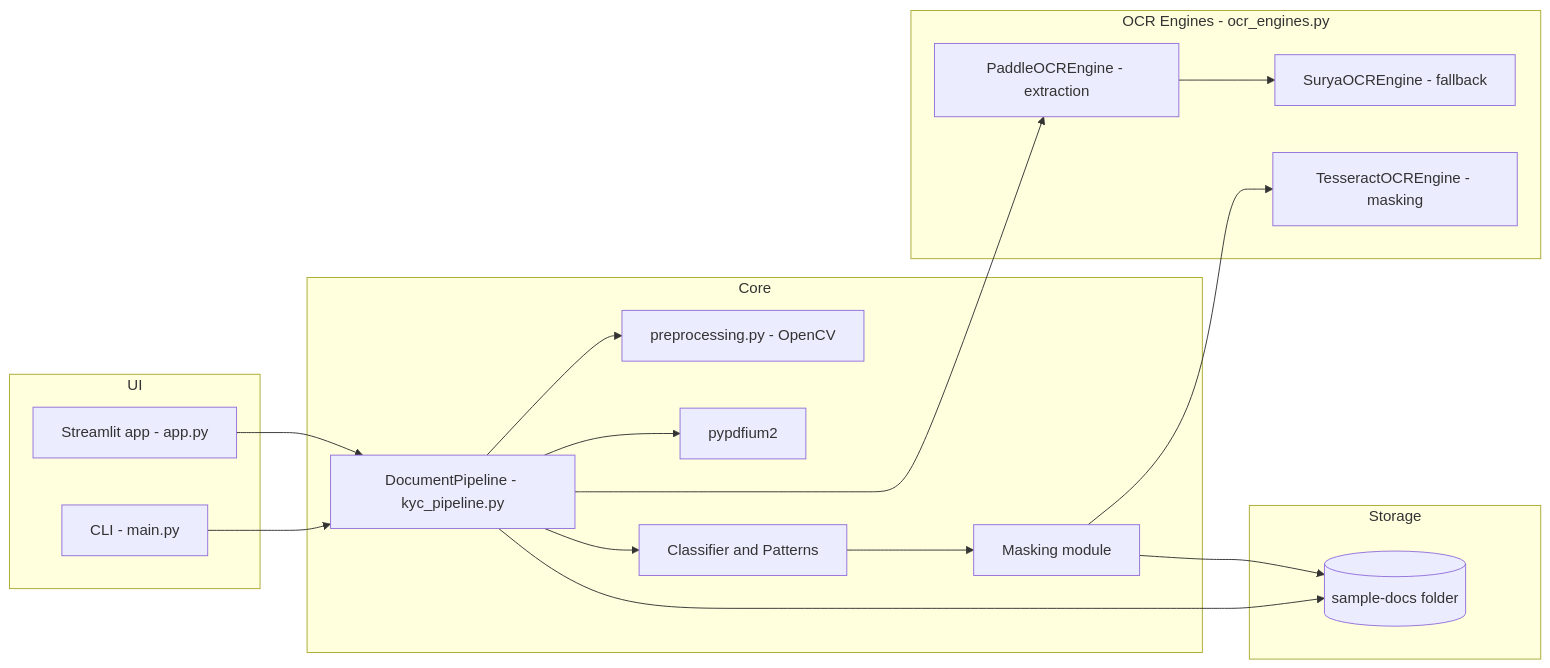
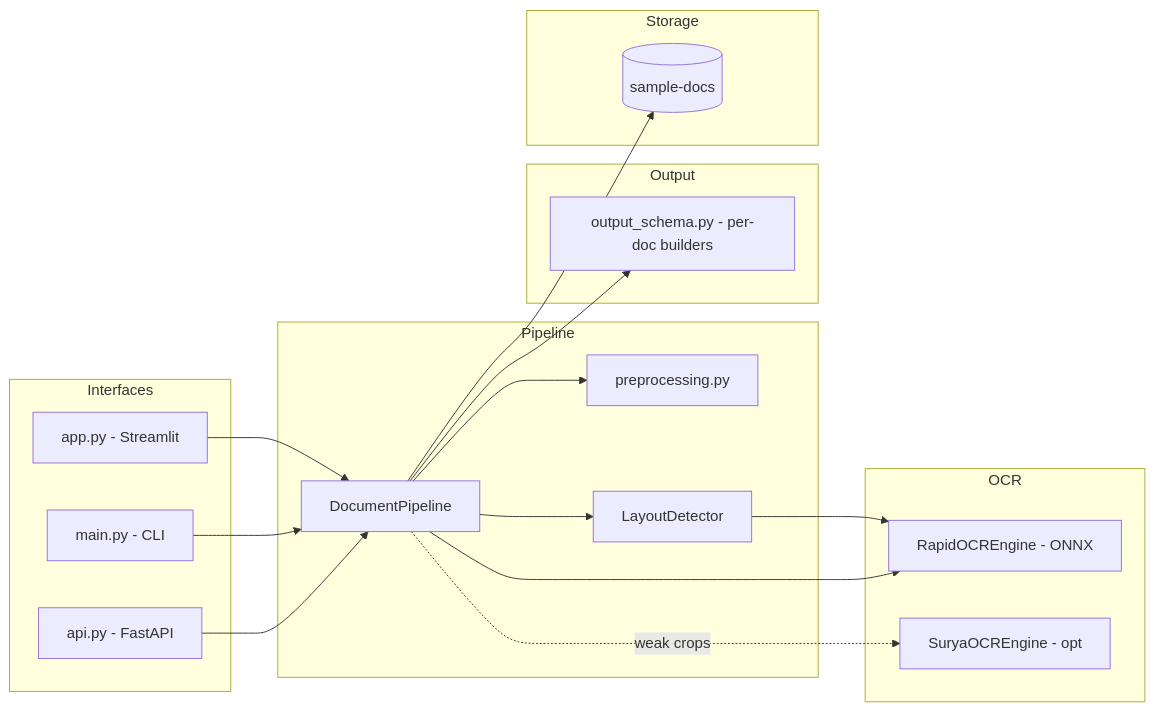
The third of 3 diagrams in README.md (recrivio-dev/kyc-test), drawn with Mermaid before and after one commit. The commit also changed other lines of this file, not shown here.

````diff
--- a/README.md
+++ b/README.md
@@ -211,37 +517,38 @@
 ```mermaid
 graph LR
-  subgraph UI
-    A[Streamlit app - app.py]
-    B[CLI - main.py]
+  subgraph Interfaces
+    A[app.py - Streamlit]
+    B[main.py - CLI]
+    C[api.py - FastAPI]
   end
 
-  subgraph Core
-    P[DocumentPipeline - kyc_pipeline.py]
-    CV[preprocessing.py - OpenCV]
-    PDF[pypdfium2]
-    CLF[Classifier and Patterns]
-    MASK[Masking module]
+  subgraph Pipeline
+    P[DocumentPipeline]
+    PRE[preprocessing.py]
+    LD[LayoutDetector]
   end
 
-  subgraph OCR Engines - ocr_engines.py
-    PAD[PaddleOCREngine - extraction]
-    SUR[SuryaOCREngine - fallback]
-    TES[TesseractOCREngine - masking]
+  subgraph OCR
+    RO[RapidOCREngine - ONNX]
+    SU[SuryaOCREngine - opt]
+  end
+
+  subgraph Output
+    SCH[output_schema.py - per-doc builders]
   end
 
   subgraph Storage
-    FS[(sample-docs folder)]
+    FS[(sample-docs)]
   end
 
   A --> P
   B --> P
-  P --> PDF
-  P --> CV
-  P --> PAD
-  PAD --> SUR
-  P --> CLF
-  CLF --> MASK
-  MASK --> TES
-  MASK --> FS
+  C --> P
+  P --> PRE
+  P --> LD
+  LD --> RO
+  P --> RO
+  P -. weak crops .-> SU
+  P --> SCH
   P --> FS
 ```
````
